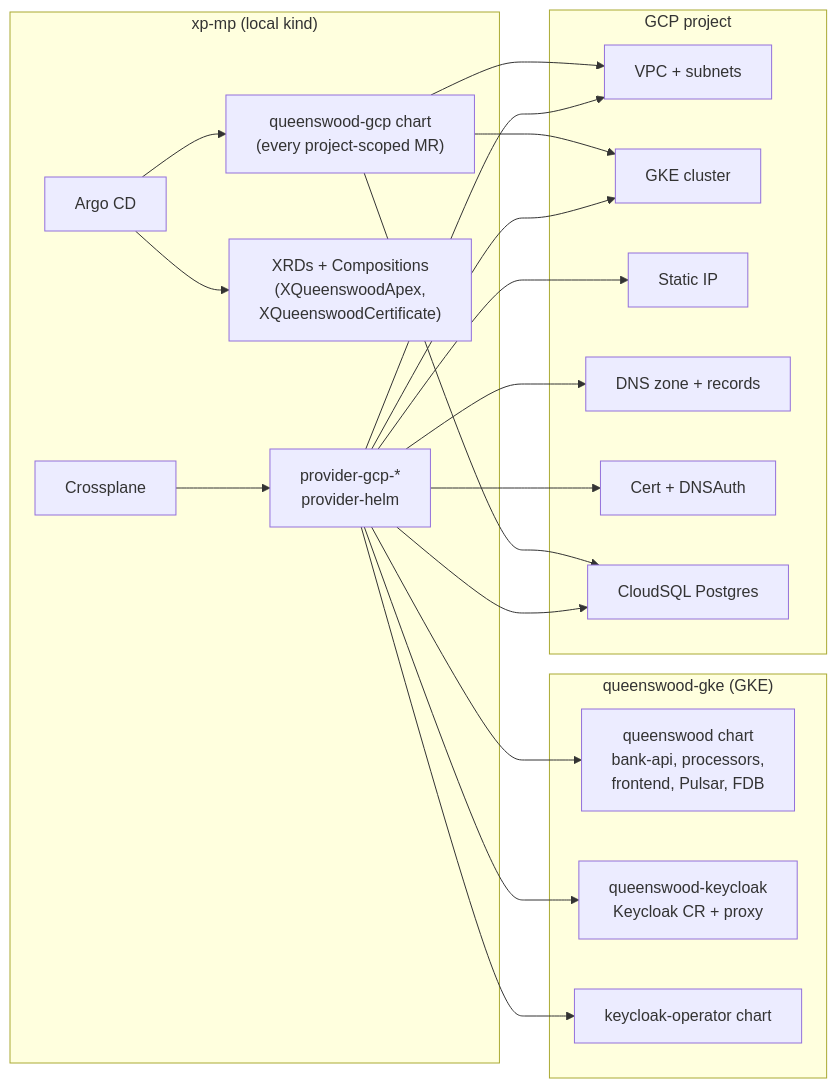
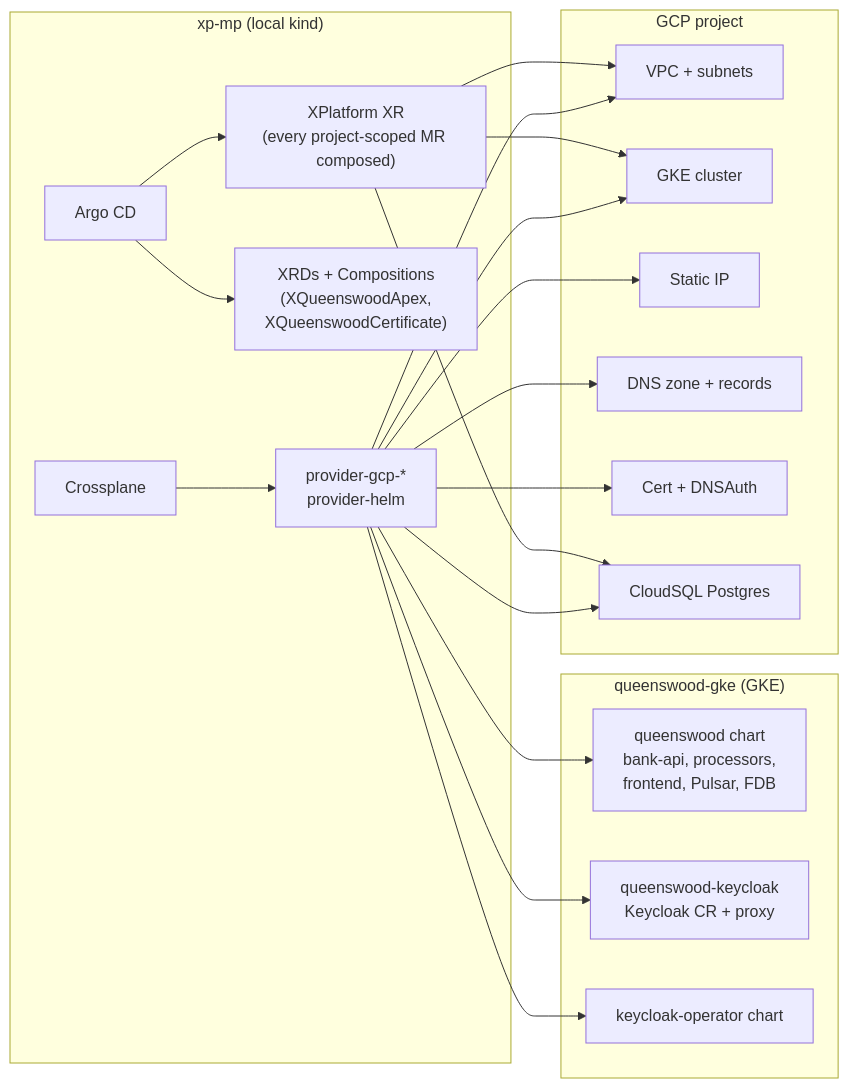
The diagram in docs/tdd/infrastructure.md (kjothen/queenswood), drawn with Mermaid before and after one commit. The commit also changed other lines of this file and 17 other files, not shown here.

First line of the commit message:
infra: XPlatform Composition collapses queenswood-gcp's 24 MRs into one XR

````diff
--- a/docs/tdd/infrastructure.md
+++ b/docs/tdd/infrastructure.md
@@ -27,38 +27,38 @@
 ```mermaid
 flowchart LR
   subgraph mgmt["xp-mp (local kind)"]
     argo[Argo CD]
     xp[Crossplane]
     providers["provider-gcp-*<br/>provider-helm"]
     xrds["XRDs + Compositions<br/>(XQueenswoodApex,<br/>XQueenswoodCertificate)"]
-    qwgcp["queenswood-gcp chart<br/>(every project-scoped MR)"]
+    qwgcp["XPlatform XR<br/>(every project-scoped MR composed)"]
   end
   subgraph gke["queenswood-gke (GKE)"]
     qw[queenswood chart<br/>bank-api, processors,<br/>frontend, Pulsar, FDB]
     kc[queenswood-keycloak<br/>Keycloak CR + proxy]
     kco[keycloak-operator chart]
   end
   subgraph gcp["GCP project"]
     vpc[VPC + subnets]
     cluster[GKE cluster]
     ip[Static IP]
     dns[DNS zone + records]
     cert[Cert + DNSAuth]
     sql[CloudSQL Postgres]
   end
   argo --> xrds
   argo --> qwgcp
   xp --> providers
   qwgcp --> vpc
   qwgcp --> cluster
   qwgcp --> sql
   providers --> vpc
   providers --> cluster
   providers --> ip
   providers --> dns
   providers --> cert
   providers --> sql
   providers --> qw
   providers --> kc
   providers --> kco
 ```
````
